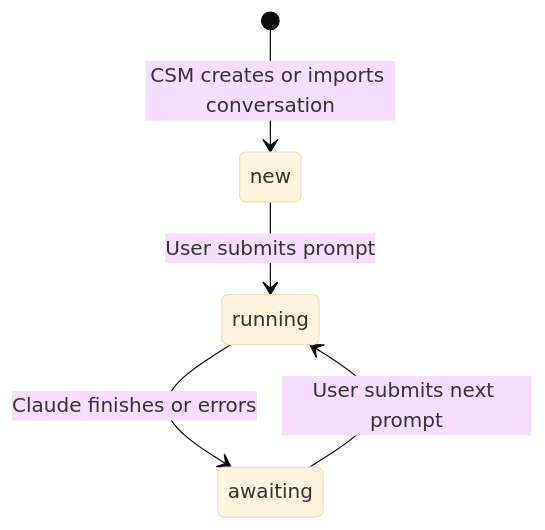
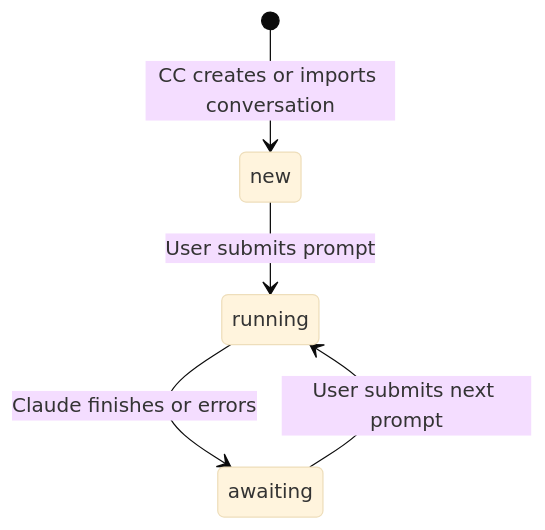
One commit to amhuppert/remote-ai-manager changed the second of 3 diagrams in .kiro/specs/unified-conversations-panel/design.md. Above: the diagram before and after it, drawn with Mermaid (base theme). The commit also changed other lines of this file and 141 other files, not shown here.

````diff
--- a/.kiro/specs/unified-conversations-panel/design.md
+++ b/.kiro/specs/unified-conversations-panel/design.md
@@ -122,7 +122,7 @@
 ```mermaid
 stateDiagram-v2
-  [*] --> new: CSM creates or imports conversation
+  [*] --> new: CC creates or imports conversation
   new --> running: User submits prompt
   running --> awaiting: Claude finishes or errors
   awaiting --> running: User submits next prompt
 ```
````
